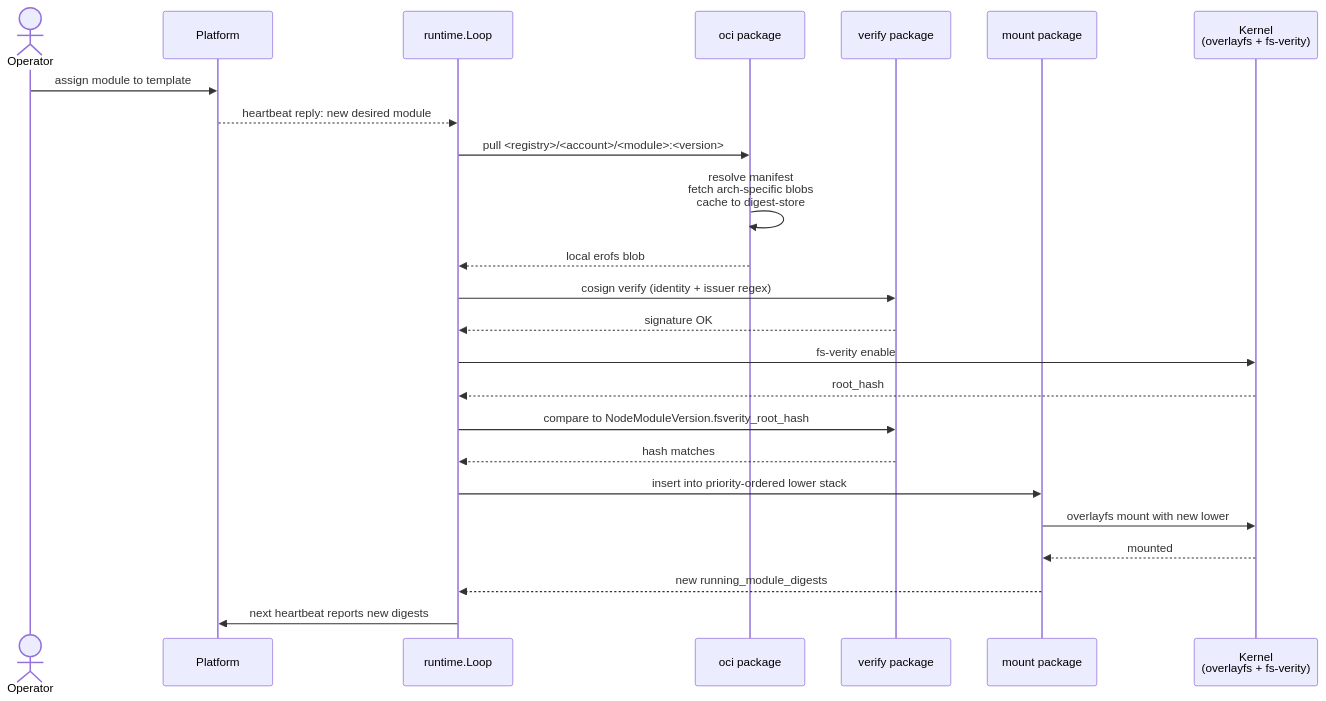
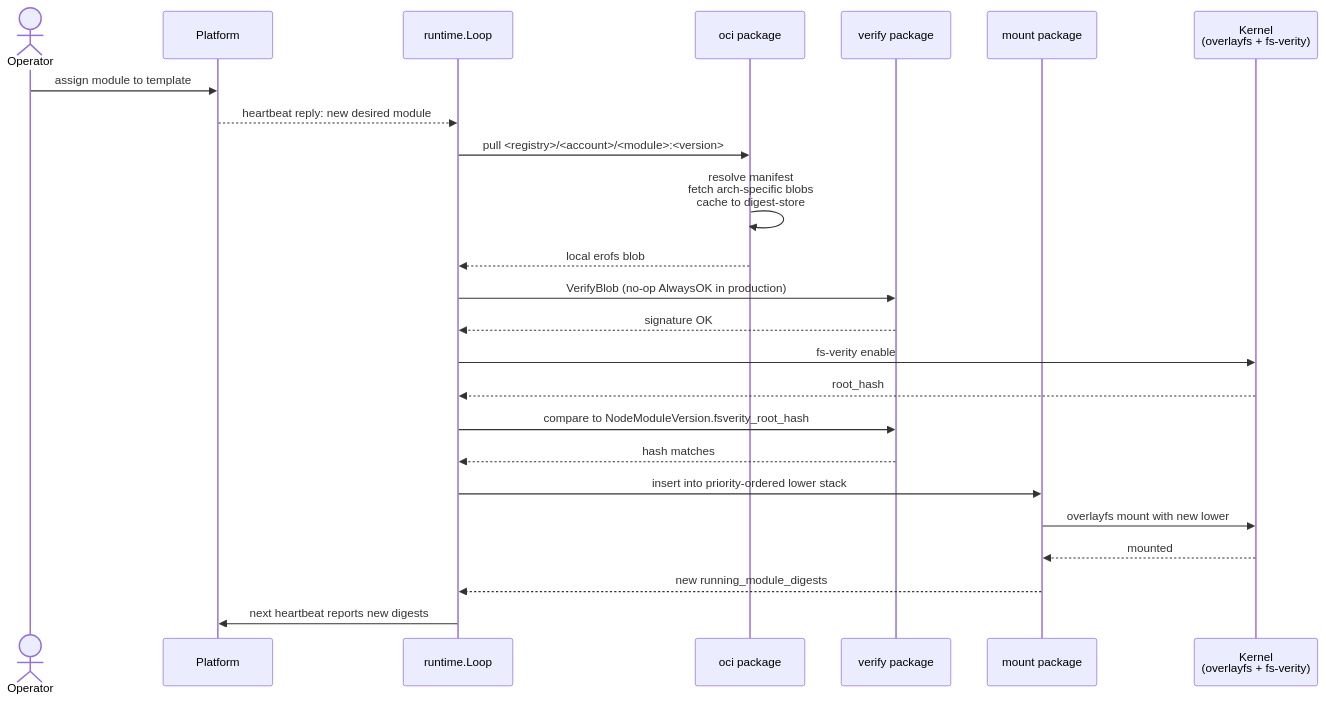
Before and after one commit to nodealchemy/powernode-system: the fourth of 5 diagrams in docs/agent-internals.md, drawn with Mermaid. The commit also changed other lines of this file and 6 other files, not shown here.

````diff
--- a/docs/agent-internals.md
+++ b/docs/agent-internals.md
@@ -201,27 +201,27 @@
 ```mermaid
 sequenceDiagram
     actor Op as Operator
     participant Plat as Platform
     participant Agent as runtime.Loop
     participant OCI as oci package
     participant Verify as verify package
     participant Mount as mount package
     participant Sysfs as Kernel<br/>(overlayfs + fs-verity)
 
     Op->>Plat: assign module to template
     Plat-->>Agent: heartbeat reply: new desired module
     Agent->>OCI: pull <registry>/<account>/<module>:<version>
     OCI->>OCI: resolve manifest<br/>fetch arch-specific blobs<br/>cache to digest-store
     OCI-->>Agent: local erofs blob
-    Agent->>Verify: cosign verify (identity + issuer regex)
+    Agent->>Verify: VerifyBlob (no-op AlwaysOK in production)
     Verify-->>Agent: signature OK
     Agent->>Sysfs: fs-verity enable
     Sysfs-->>Agent: root_hash
     Agent->>Verify: compare to NodeModuleVersion.fsverity_root_hash
     Verify-->>Agent: hash matches
     Agent->>Mount: insert into priority-ordered lower stack
     Mount->>Sysfs: overlayfs mount with new lower
     Sysfs-->>Mount: mounted
     Mount-->>Agent: new running_module_digests
     Agent->>Plat: next heartbeat reports new digests
 ```
````
